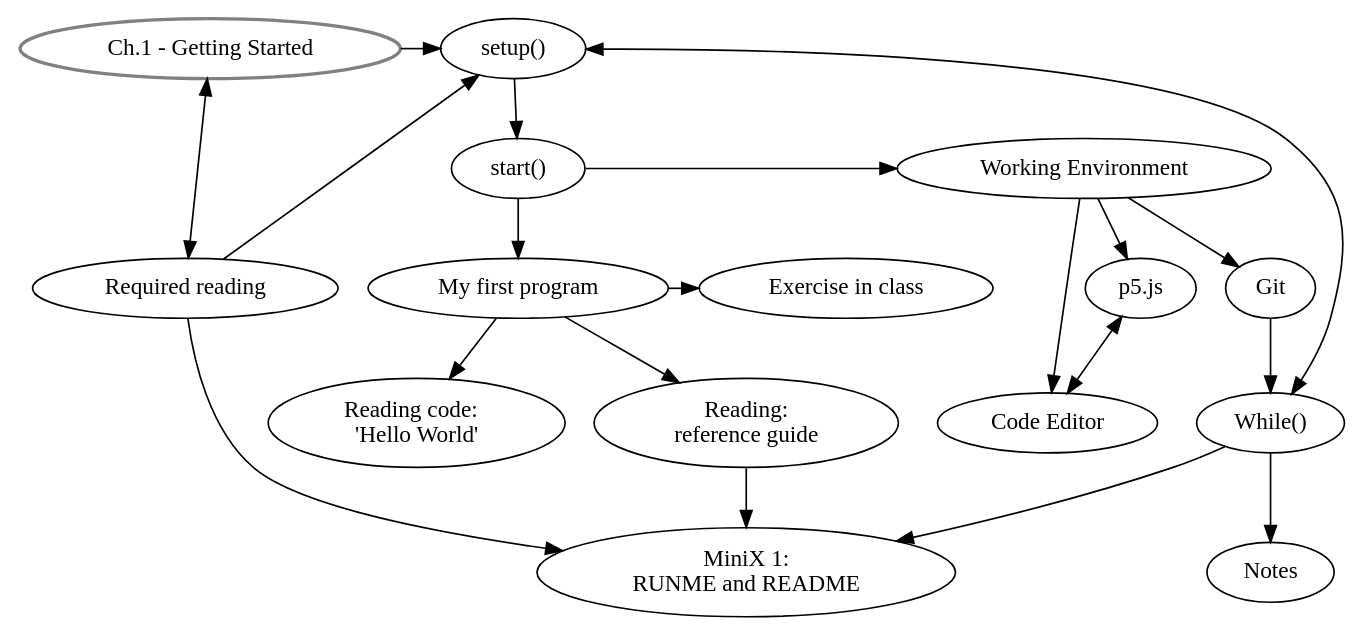
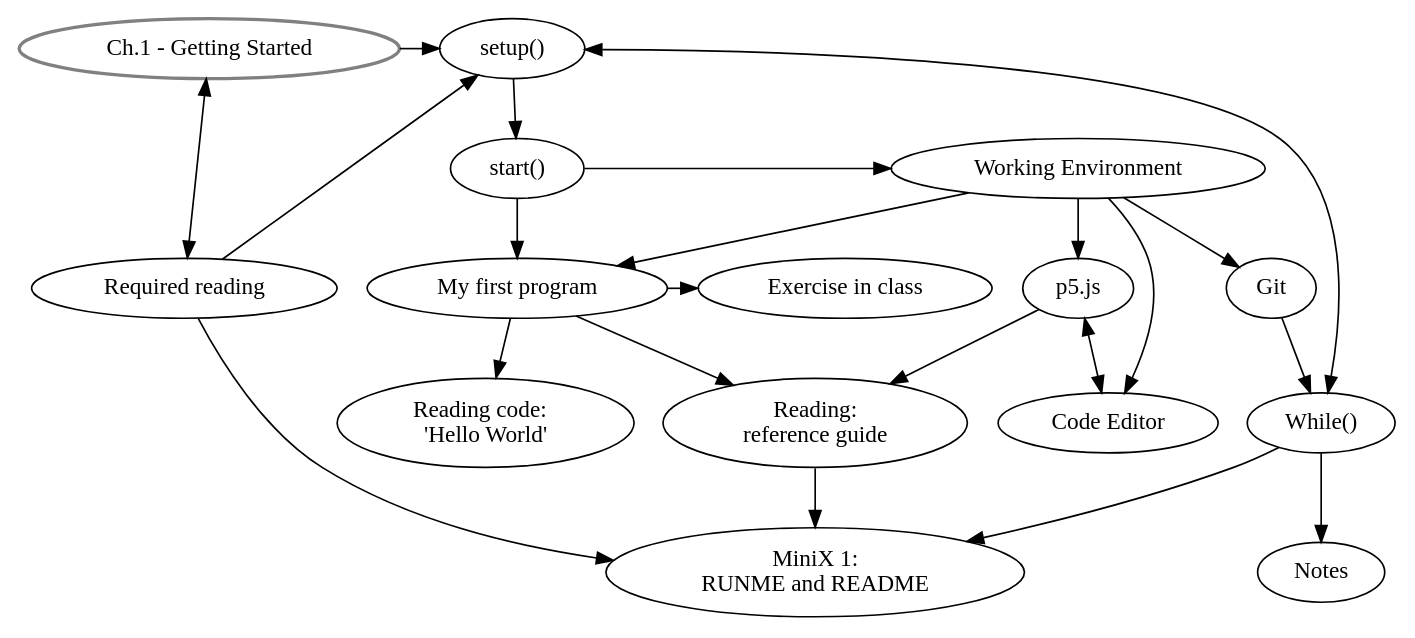
Before and after one commit to danbz/aesthetic-programming: the diagram in graphviz/AP_ch1.dot, drawn with Graphviz. The commit also changed 1 other file, not shown here.

Commit message:
update ch.1 flowchart

```diff
--- a/graphviz/AP_ch1.dot
+++ b/graphviz/AP_ch1.dot
@@ -1,49 +1,51 @@
 digraph G {
 //labels
 GS [
 label="Ch.1 - Getting Started",
 style=bold,
 color=grey,
 ]
 
 SU [label="setup()"]
 ST [label="start()"]
 WE [label="Working Environment"]
 p5 [label="p5.js"]
 CE [label="Code Editor"]
 MFP [label="My first program"]
 EiC [label="Exercise in class"]
 RC [label="Reading code:  \n'Hello World'"]
 RG [label="Reading: \nreference guide"]
 Git [label="Git"]
 MW [label="While()"]
 MX [label="MiniX 1: \nRUNME and README"]
 RR [label="Required reading"]
 Notes [label="Notes"]
 
 
 {rank = same; WE, ST}
 {rank = same; GS, SU}
 {rank = same; MFP, EiC}
 {rank = same; Git, EiC}
 {rank = same; MFP, RR}
 
 
 //graph
 GS -> SU -> ST;
 ST -> WE;
 GS -> RR[dir=both];
 WE -> p5;
 WE -> CE;
 WE -> Git;
 ST -> MFP;
 MFP -> EiC;
 MFP -> RC;
 MFP -> RG;
 SU -> MW [dir=both];
 MW -> MX, Notes;
 RR -> MX, SU;
 Git -> MW;
 RG -> MX;
 p5 -> CE [dir=both];
+WE -> MFP;
+p5 -> RG;
 }
```
